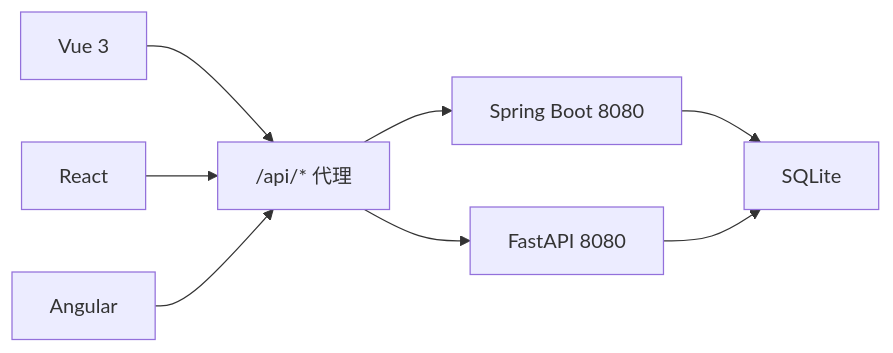
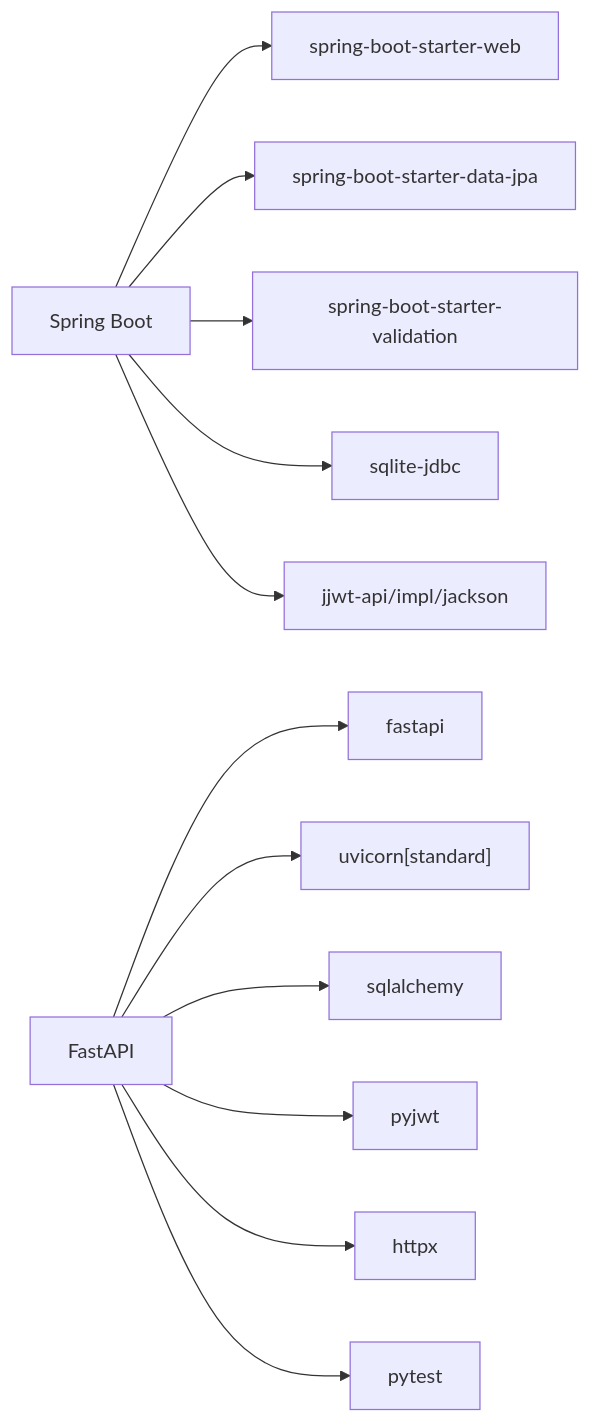
The sixth of 6 diagrams in .qoder/repowiki/zh/content/故障排除.md (alexy2008/TimeCapsule), drawn with Mermaid before and after one commit. The commit also changed other lines of this file and 247 other files, not shown here.

````diff
--- a/.qoder/repowiki/zh/content/故障排除.md
+++ b/.qoder/repowiki/zh/content/故障排除.md
@@ -214,10 +233,14 @@
 ```mermaid
 graph LR
-FE_VUE["Vue 3"] --> API["/api/* 代理"]
-FE_REACT["React"] --> API
-FE_ANGULAR["Angular"] --> API
-API --> SB["Spring Boot 8080"]
-API --> FA["FastAPI 8080"]
-SB --> DB["SQLite"]
-FA --> DB
+SB["Spring Boot"] --> W["spring-boot-starter-web"]
+SB --> JPA["spring-boot-starter-data-jpa"]
+SB --> VAL["spring-boot-starter-validation"]
+SB --> SQLITE["sqlite-jdbc"]
+SB --> JWT["jjwt-api/impl/jackson"]
+FA["FastAPI"] --> FAST["fastapi"]
+FA --> UV["uvicorn[standard]"]
+FA --> SA["sqlalchemy"]
+FA --> PJ["pyjwt"]
+FA --> HT["httpx"]
+FA --> PT["pytest"]
 ```
````
